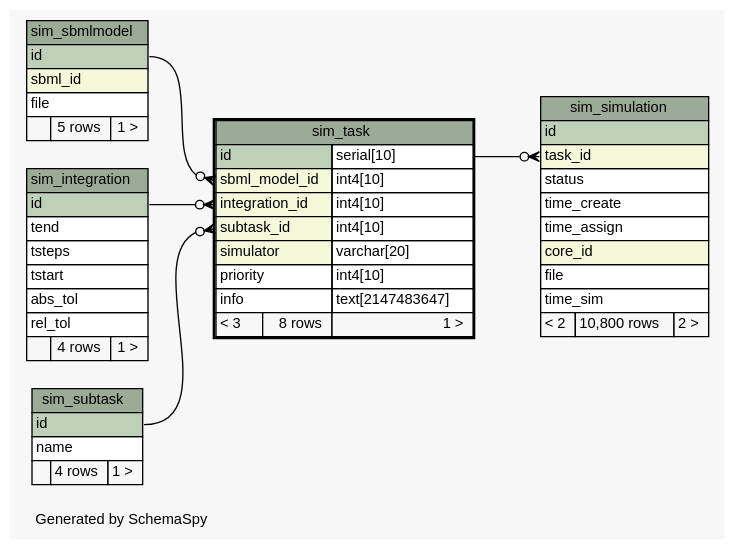
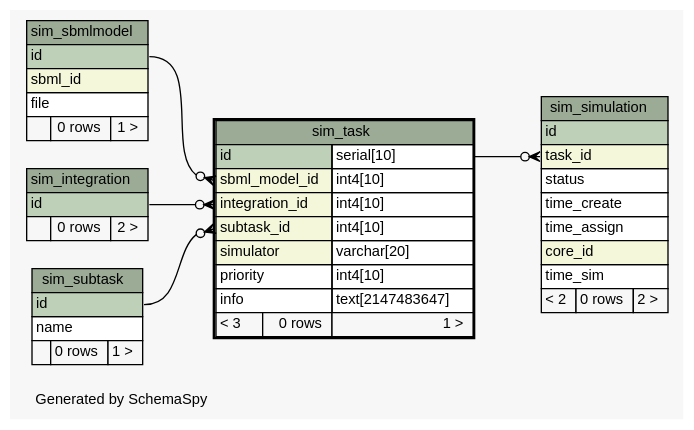
One commit to jingyayeah/multiscale-galactose changed the diagram in database/schema/diagrams/sim_task.1degree.dot. Above: the diagram before and after it, drawn with Graphviz. The commit also changed 108 other files, not shown here.

Commit message:
Updated database schema for the general implementation of integration settings

```diff
--- a/database/schema/diagrams/sim_task.1degree.dot
+++ b/database/schema/diagrams/sim_task.1degree.dot
@@ -1,97 +1,91 @@
 // dot 2.26.3 on Linux 3.11.0-12-generic
 // SchemaSpy rev 590
 digraph "oneDegreeRelationshipsDiagram" {
   graph [
     rankdir="RL"
     bgcolor="#f7f7f7"
     label="\nGenerated by SchemaSpy"
     labeljust="l"
     nodesep="0.18"
     ranksep="0.46"
     fontname="Helvetica"
     fontsize="11"
   ];
   node [
     fontname="Helvetica"
     fontsize="11"
     shape="plaintext"
   ];
   edge [
     arrowsize="0.8"
   ];
   "sim_simulation":"task_id":w -> "sim_task":"id.type":e [arrowhead=none dir=back arrowtail=crowodot];
   "sim_task":"integration_id":w -> "sim_integration":"id":e [arrowhead=none dir=back arrowtail=crowodot];
   "sim_task":"sbml_model_id":w -> "sim_sbmlmodel":"id":e [arrowhead=none dir=back arrowtail=crowodot];
   "sim_task":"subtask_id":w -> "sim_subtask":"id":e [arrowhead=none dir=back arrowtail=crowodot];
   "sim_integration" [
     label=<
     <TABLE BORDER="0" CELLBORDER="1" CELLSPACING="0" BGCOLOR="#ffffff">
       <TR><TD COLSPAN="3" BGCOLOR="#9bab96" ALIGN="CENTER">sim_integration</TD></TR>
       <TR><TD PORT="id" COLSPAN="3" BGCOLOR="#bed1b8" ALIGN="LEFT">id</TD></TR>
-      <TR><TD PORT="tend" COLSPAN="3" ALIGN="LEFT">tend</TD></TR>
-      <TR><TD PORT="tsteps" COLSPAN="3" ALIGN="LEFT">tsteps</TD></TR>
-      <TR><TD PORT="tstart" COLSPAN="3" ALIGN="LEFT">tstart</TD></TR>
-      <TR><TD PORT="abs_tol" COLSPAN="3" ALIGN="LEFT">abs_tol</TD></TR>
-      <TR><TD PORT="rel_tol" COLSPAN="3" ALIGN="LEFT">rel_tol</TD></TR>
-      <TR><TD ALIGN="LEFT" BGCOLOR="#f7f7f7">  </TD><TD ALIGN="RIGHT" BGCOLOR="#f7f7f7">4 rows</TD><TD ALIGN="RIGHT" BGCOLOR="#f7f7f7">1 &gt;</TD></TR>
+      <TR><TD ALIGN="LEFT" BGCOLOR="#f7f7f7">  </TD><TD ALIGN="RIGHT" BGCOLOR="#f7f7f7">0 rows</TD><TD ALIGN="RIGHT" BGCOLOR="#f7f7f7">2 &gt;</TD></TR>
     </TABLE>>
     URL="sim_integration.html"
     tooltip="sim_integration"
   ];
   "sim_sbmlmodel" [
     label=<
     <TABLE BORDER="0" CELLBORDER="1" CELLSPACING="0" BGCOLOR="#ffffff">
       <TR><TD COLSPAN="3" BGCOLOR="#9bab96" ALIGN="CENTER">sim_sbmlmodel</TD></TR>
       <TR><TD PORT="id" COLSPAN="3" BGCOLOR="#bed1b8" ALIGN="LEFT">id</TD></TR>
       <TR><TD PORT="sbml_id" COLSPAN="3" BGCOLOR="#f4f7da" ALIGN="LEFT">sbml_id</TD></TR>
       <TR><TD PORT="file" COLSPAN="3" ALIGN="LEFT">file</TD></TR>
-      <TR><TD ALIGN="LEFT" BGCOLOR="#f7f7f7">  </TD><TD ALIGN="RIGHT" BGCOLOR="#f7f7f7">5 rows</TD><TD ALIGN="RIGHT" BGCOLOR="#f7f7f7">1 &gt;</TD></TR>
+      <TR><TD ALIGN="LEFT" BGCOLOR="#f7f7f7">  </TD><TD ALIGN="RIGHT" BGCOLOR="#f7f7f7">0 rows</TD><TD ALIGN="RIGHT" BGCOLOR="#f7f7f7">1 &gt;</TD></TR>
     </TABLE>>
     URL="sim_sbmlmodel.html"
     tooltip="sim_sbmlmodel"
   ];
   "sim_simulation" [
     label=<
     <TABLE BORDER="0" CELLBORDER="1" CELLSPACING="0" BGCOLOR="#ffffff">
       <TR><TD COLSPAN="3" BGCOLOR="#9bab96" ALIGN="CENTER">sim_simulation</TD></TR>
       <TR><TD PORT="id" COLSPAN="3" BGCOLOR="#bed1b8" ALIGN="LEFT">id</TD></TR>
       <TR><TD PORT="task_id" COLSPAN="3" BGCOLOR="#f4f7da" ALIGN="LEFT">task_id</TD></TR>
       <TR><TD PORT="status" COLSPAN="3" ALIGN="LEFT">status</TD></TR>
       <TR><TD PORT="time_create" COLSPAN="3" ALIGN="LEFT">time_create</TD></TR>
       <TR><TD PORT="time_assign" COLSPAN="3" ALIGN="LEFT">time_assign</TD></TR>
       <TR><TD PORT="core_id" COLSPAN="3" BGCOLOR="#f4f7da" ALIGN="LEFT">core_id</TD></TR>
-      <TR><TD PORT="file" COLSPAN="3" ALIGN="LEFT">file</TD></TR>
       <TR><TD PORT="time_sim" COLSPAN="3" ALIGN="LEFT">time_sim</TD></TR>
-      <TR><TD ALIGN="LEFT" BGCOLOR="#f7f7f7">&lt; 2</TD><TD ALIGN="RIGHT" BGCOLOR="#f7f7f7">10,800 rows</TD><TD ALIGN="RIGHT" BGCOLOR="#f7f7f7">2 &gt;</TD></TR>
+      <TR><TD ALIGN="LEFT" BGCOLOR="#f7f7f7">&lt; 2</TD><TD ALIGN="RIGHT" BGCOLOR="#f7f7f7">0 rows</TD><TD ALIGN="RIGHT" BGCOLOR="#f7f7f7">2 &gt;</TD></TR>
     </TABLE>>
     URL="sim_simulation.html"
     tooltip="sim_simulation"
   ];
   "sim_subtask" [
     label=<
     <TABLE BORDER="0" CELLBORDER="1" CELLSPACING="0" BGCOLOR="#ffffff">
       <TR><TD COLSPAN="3" BGCOLOR="#9bab96" ALIGN="CENTER">sim_subtask</TD></TR>
       <TR><TD PORT="id" COLSPAN="3" BGCOLOR="#bed1b8" ALIGN="LEFT">id</TD></TR>
       <TR><TD PORT="name" COLSPAN="3" ALIGN="LEFT">name</TD></TR>
-      <TR><TD ALIGN="LEFT" BGCOLOR="#f7f7f7">  </TD><TD ALIGN="RIGHT" BGCOLOR="#f7f7f7">4 rows</TD><TD ALIGN="RIGHT" BGCOLOR="#f7f7f7">1 &gt;</TD></TR>
+      <TR><TD ALIGN="LEFT" BGCOLOR="#f7f7f7">  </TD><TD ALIGN="RIGHT" BGCOLOR="#f7f7f7">0 rows</TD><TD ALIGN="RIGHT" BGCOLOR="#f7f7f7">1 &gt;</TD></TR>
     </TABLE>>
     URL="sim_subtask.html"
     tooltip="sim_subtask"
   ];
   "sim_task" [
     label=<
     <TABLE BORDER="2" CELLBORDER="1" CELLSPACING="0" BGCOLOR="#ffffff">
       <TR><TD COLSPAN="3" BGCOLOR="#9bab96" ALIGN="CENTER">sim_task</TD></TR>
       <TR><TD PORT="id" COLSPAN="2" BGCOLOR="#bed1b8" ALIGN="LEFT">id</TD><TD PORT="id.type" ALIGN="LEFT">serial[10]</TD></TR>
       <TR><TD PORT="sbml_model_id" COLSPAN="2" BGCOLOR="#f4f7da" ALIGN="LEFT">sbml_model_id</TD><TD PORT="sbml_model_id.type" ALIGN="LEFT">int4[10]</TD></TR>
       <TR><TD PORT="integration_id" COLSPAN="2" BGCOLOR="#f4f7da" ALIGN="LEFT">integration_id</TD><TD PORT="integration_id.type" ALIGN="LEFT">int4[10]</TD></TR>
       <TR><TD PORT="subtask_id" COLSPAN="2" BGCOLOR="#f4f7da" ALIGN="LEFT">subtask_id</TD><TD PORT="subtask_id.type" ALIGN="LEFT">int4[10]</TD></TR>
       <TR><TD PORT="simulator" COLSPAN="2" BGCOLOR="#f4f7da" ALIGN="LEFT">simulator</TD><TD PORT="simulator.type" ALIGN="LEFT">varchar[20]</TD></TR>
       <TR><TD PORT="priority" COLSPAN="2" ALIGN="LEFT">priority</TD><TD PORT="priority.type" ALIGN="LEFT">int4[10]</TD></TR>
       <TR><TD PORT="info" COLSPAN="2" ALIGN="LEFT">info</TD><TD PORT="info.type" ALIGN="LEFT">text[2147483647]</TD></TR>
-      <TR><TD ALIGN="LEFT" BGCOLOR="#f7f7f7">&lt; 3</TD><TD ALIGN="RIGHT" BGCOLOR="#f7f7f7">8 rows</TD><TD ALIGN="RIGHT" BGCOLOR="#f7f7f7">1 &gt;</TD></TR>
+      <TR><TD ALIGN="LEFT" BGCOLOR="#f7f7f7">&lt; 3</TD><TD ALIGN="RIGHT" BGCOLOR="#f7f7f7">0 rows</TD><TD ALIGN="RIGHT" BGCOLOR="#f7f7f7">1 &gt;</TD></TR>
     </TABLE>>
     URL="sim_task.html"
     tooltip="sim_task"
   ];
 }
```
